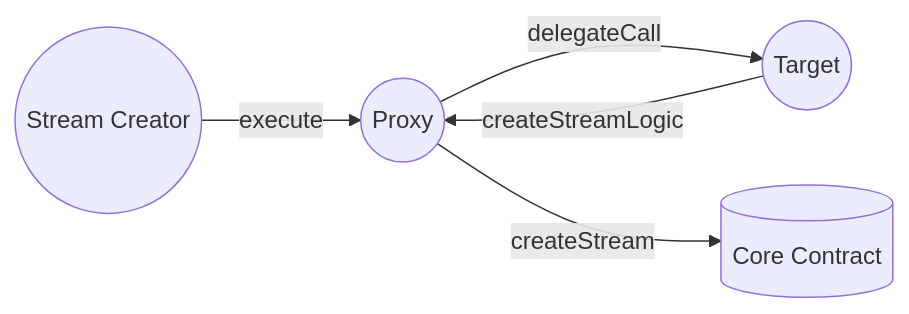
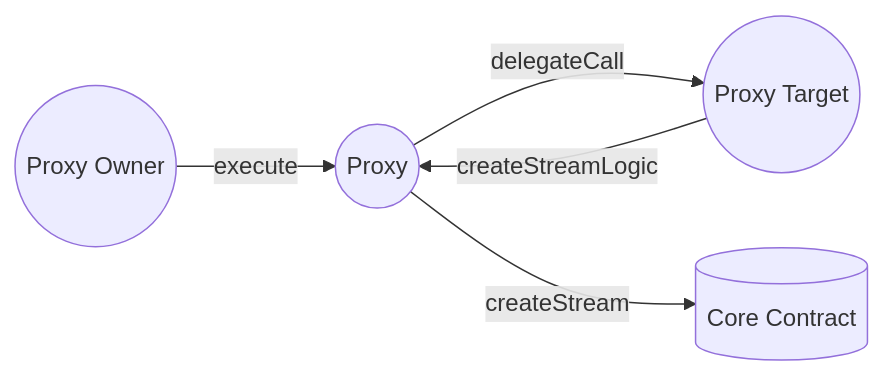
One commit to sablier-labs/docs changed the diagram in docs/contracts/v2/guides/proxy-architecture/01-overview.mdx. Above: the diagram before and after it, drawn with Mermaid. The commit also changed other lines of this file and 4 other files, not shown here.

````diff
--- a/docs/contracts/v2/guides/proxy-architecture/01-overview.mdx
+++ b/docs/contracts/v2/guides/proxy-architecture/01-overview.mdx
@@ -30,12 +31,12 @@
 ```mermaid
 flowchart LR;
-    streamCreator((Stream Creator));
+    proxyOwner((Proxy Owner));
     proxy((Proxy));
-    target((Target))
+    proxyTarget((Proxy Target))
     coreContract[(Core Contract)];
 
-    streamCreator-- execute -->proxy;
-    proxy-- delegateCall -->target;
-    target-- createStreamLogic -->proxy
+    proxyOwner-- execute -->proxy;
+    proxy-- delegateCall -->proxyTarget;
+    proxyTarget-- createStreamLogic -->proxy
     proxy-- createStream -->coreContract;
 ```
````
